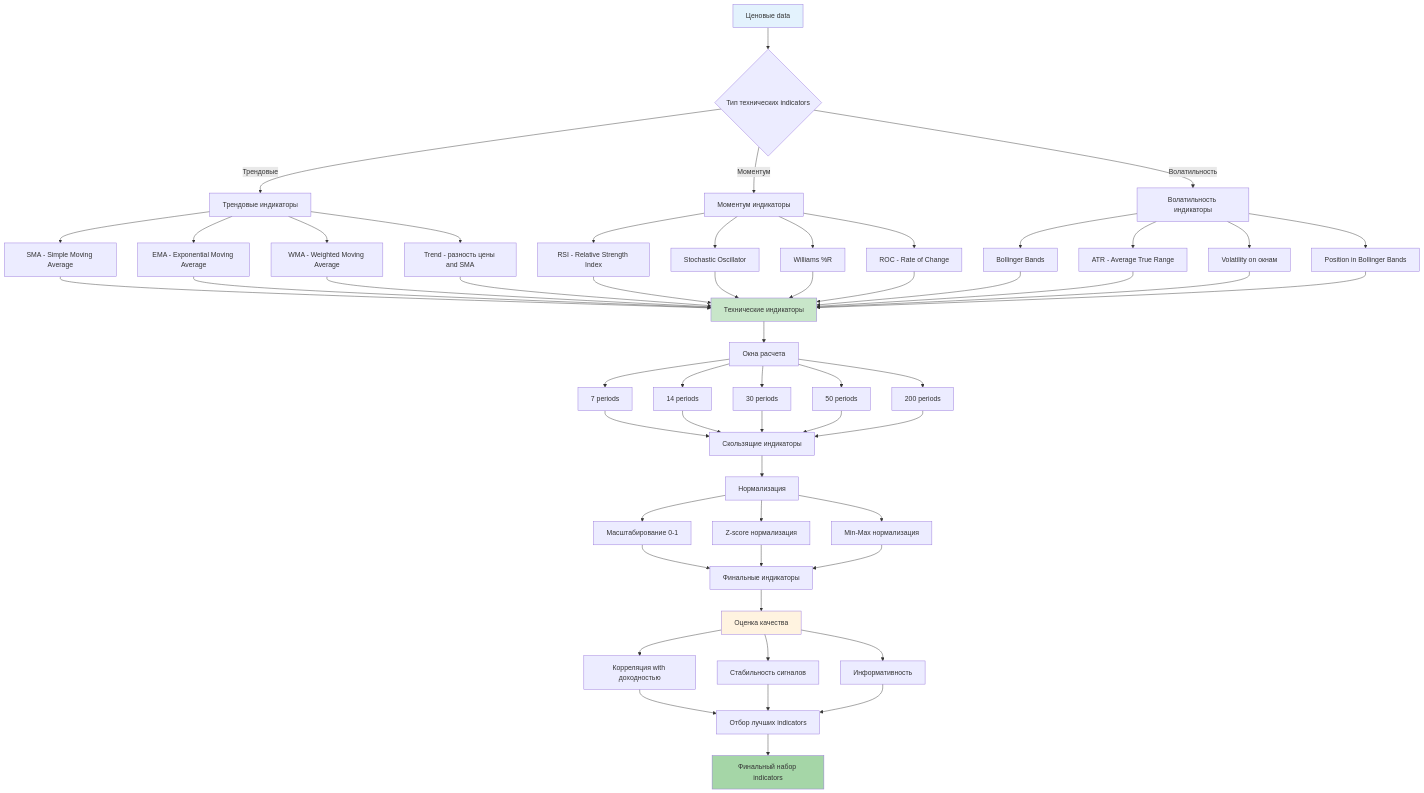
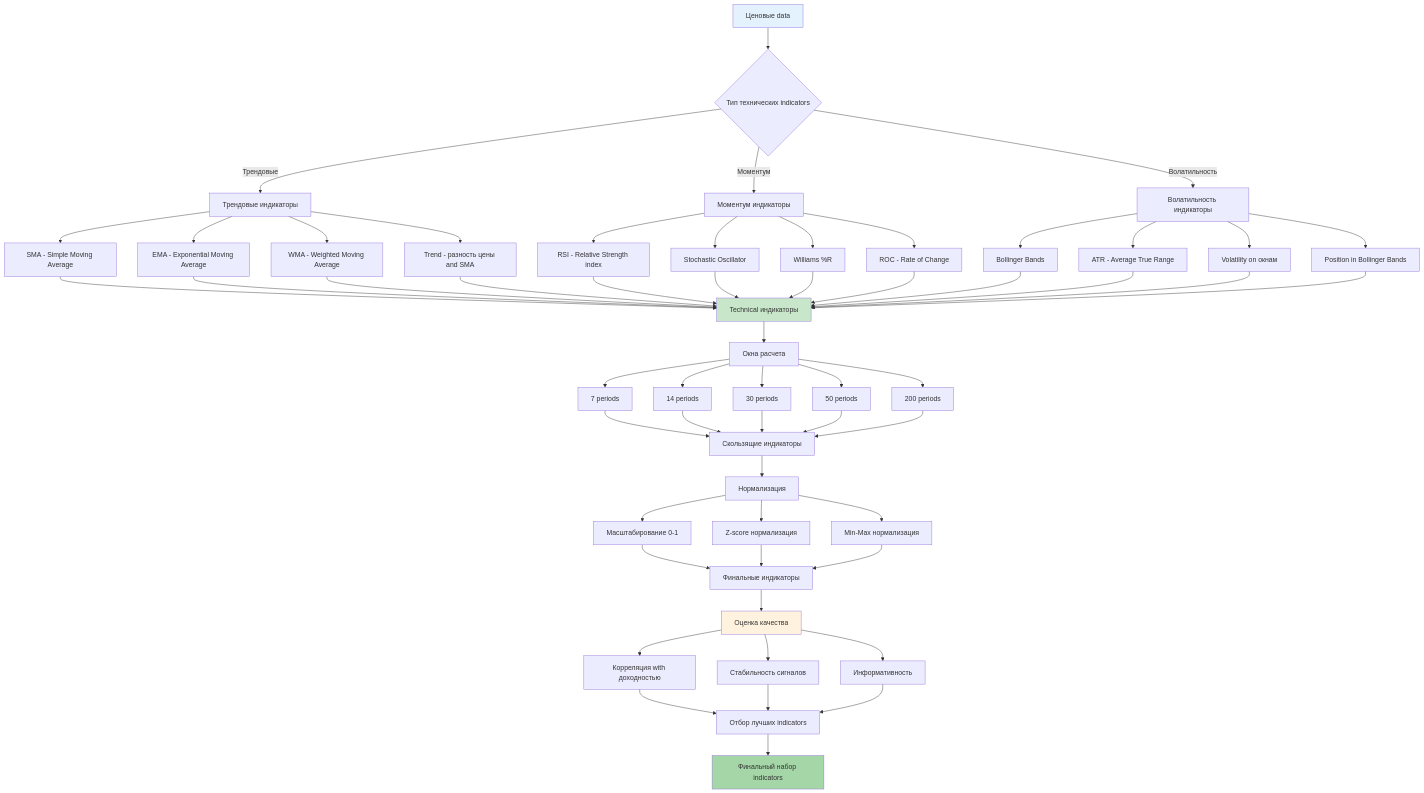
One commit to NeoZorK/neozork-hld-prediction changed the fifth of 9 diagrams in docs/automl/gluon/28_feature_generation_advanced.md. Above: the diagram before and after it, drawn with Mermaid. The commit also changed other lines of this file and 104 other files, not shown here.

````diff
--- a/docs/automl/gluon/28_feature_generation_advanced.md
+++ b/docs/automl/gluon/28_feature_generation_advanced.md
@@ -1104,74 +1104,74 @@
 ```mermaid
 graph TD
  A[Ценовые data] --> B{Тип технических indicators}
 
  B -->|Трендовые| C[Трендовые индикаторы]
  B -->|Моментум| D[Моментум индикаторы]
  B -->|Волатильность| E[Волатильность индикаторы]
 
  C --> C1[SMA - Simple Moving Average]
  C --> C2[EMA - Exponential Moving Average]
  C --> C3[WMA - Weighted Moving Average]
  C --> C4[Trend - разность цены and SMA]
 
- D --> D1[RSI - Relative Strength Index]
+ D --> D1[RSI - Relative Strength index]
  D --> D2[Stochastic Oscillator]
  D --> D3[Williams %R]
  D --> D4[ROC - Rate of Change]
 
  E --> E1[Bollinger Bands]
  E --> E2[ATR - Average True Range]
  E --> E3[Volatility on окнам]
  E --> E4[Position in Bollinger Bands]
 
- C1 --> F[Технические индикаторы]
+ C1 --> F[Technical индикаторы]
  C2 --> F
  C3 --> F
  C4 --> F
  D1 --> F
  D2 --> F
  D3 --> F
  D4 --> F
  E1 --> F
  E2 --> F
  E3 --> F
  E4 --> F
 
  F --> G[Окна расчета]
  G --> G1[7 periods]
  G --> G2[14 periods]
  G --> G3[30 periods]
  G --> G4[50 periods]
  G --> G5[200 periods]
 
  G1 --> H[Скользящие индикаторы]
  G2 --> H
  G3 --> H
  G4 --> H
  G5 --> H
 
  H --> I[Нормализация]
  I --> J[Масштабирование 0-1]
  I --> K[Z-score нормализация]
  I --> L[Min-Max нормализация]
 
  J --> M[Финальные индикаторы]
  K --> M
  L --> M
 
  M --> N[Оценка качества]
  N --> O[Корреляция with доходностью]
  N --> P[Стабильность сигналов]
  N --> Q[Информативность]
 
  O --> R[Отбор лучших indicators]
  P --> R
  Q --> R
 
  R --> S[Финальный набор indicators]
 
  style A fill:#e3f2fd
  style F fill:#c8e6c9
  style S fill:#a5d6a7
  style N fill:#fff3e0
 ```
````
